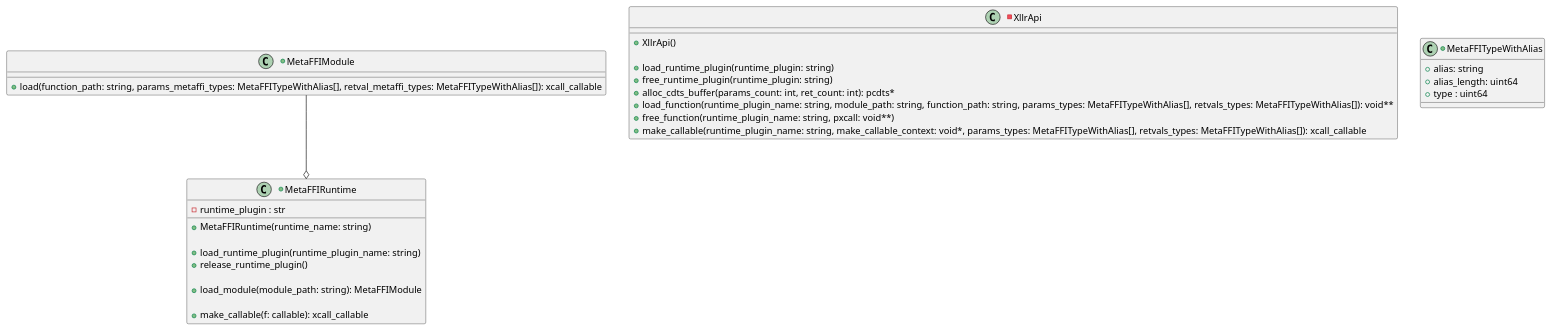
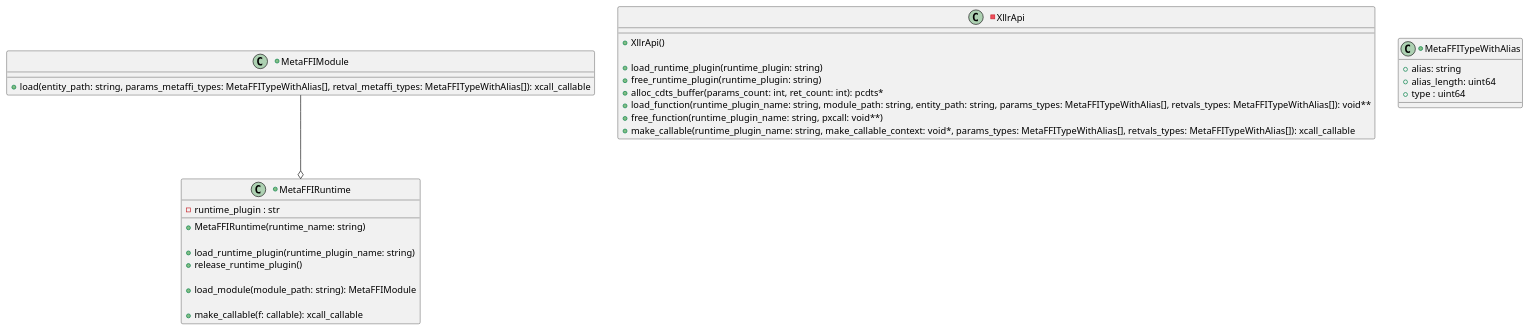
One commit to MetaFFI/lang-plugin-python311 changed the diagram in api/metaffi/classes_metaffi.puml. Above: the diagram before and after it, drawn with PlantUML. The commit also changed 23 other files, not shown here.

```diff
--- a/api/metaffi/classes_metaffi.puml
+++ b/api/metaffi/classes_metaffi.puml
@@ -1,35 +1,35 @@
 @startuml classes_metaffi
 set namespaceSeparator none
 
 +class MetaFFIModule {
-  + load(function_path: string, params_metaffi_types: MetaFFITypeWithAlias[], retval_metaffi_types: MetaFFITypeWithAlias[]): xcall_callable
+  + load(entity_path: string, params_metaffi_types: MetaFFITypeWithAlias[], retval_metaffi_types: MetaFFITypeWithAlias[]): xcall_callable
 }
 +class MetaFFIRuntime {
   - runtime_plugin : str
 
   + MetaFFIRuntime(runtime_name: string)
 
   + load_runtime_plugin(runtime_plugin_name: string)
   + release_runtime_plugin()
 
   + load_module(module_path: string): MetaFFIModule
 
   + make_callable(f: callable): xcall_callable
 }
 -class XllrApi {
   + XllrApi()
 
   + load_runtime_plugin(runtime_plugin: string)
   + free_runtime_plugin(runtime_plugin: string)
   + alloc_cdts_buffer(params_count: int, ret_count: int): pcdts*
-  + load_function(runtime_plugin_name: string, module_path: string, function_path: string, params_types: MetaFFITypeWithAlias[], retvals_types: MetaFFITypeWithAlias[]): void**
+  + load_function(runtime_plugin_name: string, module_path: string, entity_path: string, params_types: MetaFFITypeWithAlias[], retvals_types: MetaFFITypeWithAlias[]): void**
   + free_function(runtime_plugin_name: string, pxcall: void**)
   + make_callable(runtime_plugin_name: string, make_callable_context: void*, params_types: MetaFFITypeWithAlias[], retvals_types: MetaFFITypeWithAlias[]): xcall_callable
 }
 +class MetaFFITypeWithAlias {
   + alias: string
   + alias_length: uint64
   + type : uint64
 }
 MetaFFIModule --o MetaFFIRuntime
 @enduml
```
